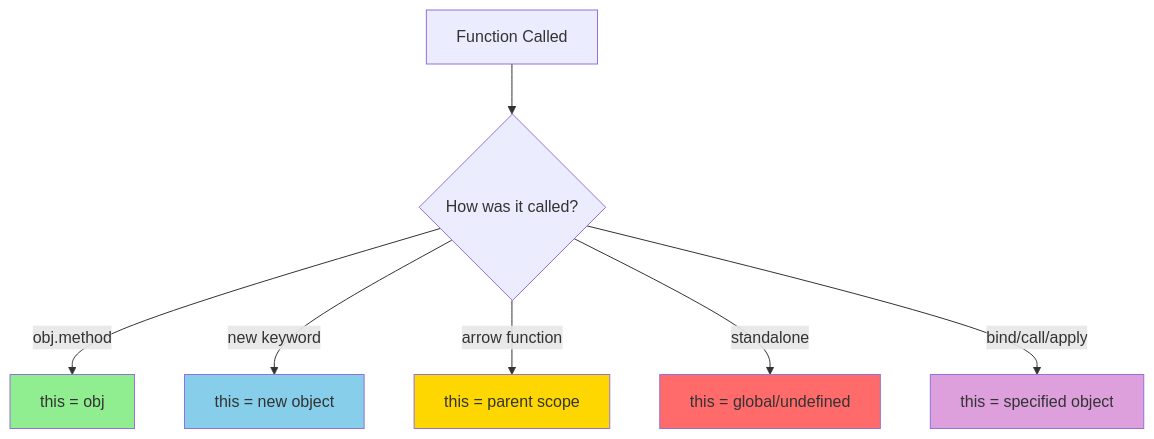
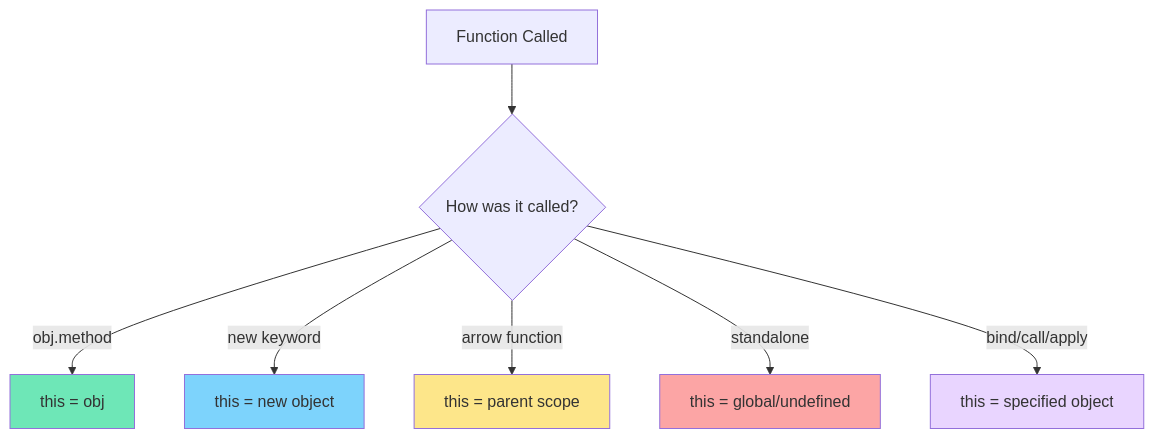
Before and after one commit to upasanaprabhakar/web-dev-handbook: the diagram in javascript/this_keyword/README.md, drawn with Mermaid.

Commit message:
this keyword topic with examples

````diff
--- a/javascript/this_keyword/README.md
+++ b/javascript/this_keyword/README.md
@@ -97,15 +97,16 @@
 ```mermaid
 graph TD
     A[Function Called] --> B{How was it called?}
     B -->|obj.method| C[this = obj]
     B -->|new keyword| D[this = new object]
     B -->|arrow function| E[this = parent scope]
     B -->|standalone| F[this = global/undefined]
     B -->|bind/call/apply| G[this = specified object]
     
-    style C fill:#90EE90
-    style D fill:#87CEEB
-    style E fill:#FFD700
-    style F fill:#FF6B6B
-    style G fill:#DDA0DD
+    style C fill:#6EE7B7
+    style D fill:#7DD3FC
+    style E fill:#FDE68A
+    style F fill:#FCA5A5
+    style G fill:#E9D5FF
+
 ```
````
